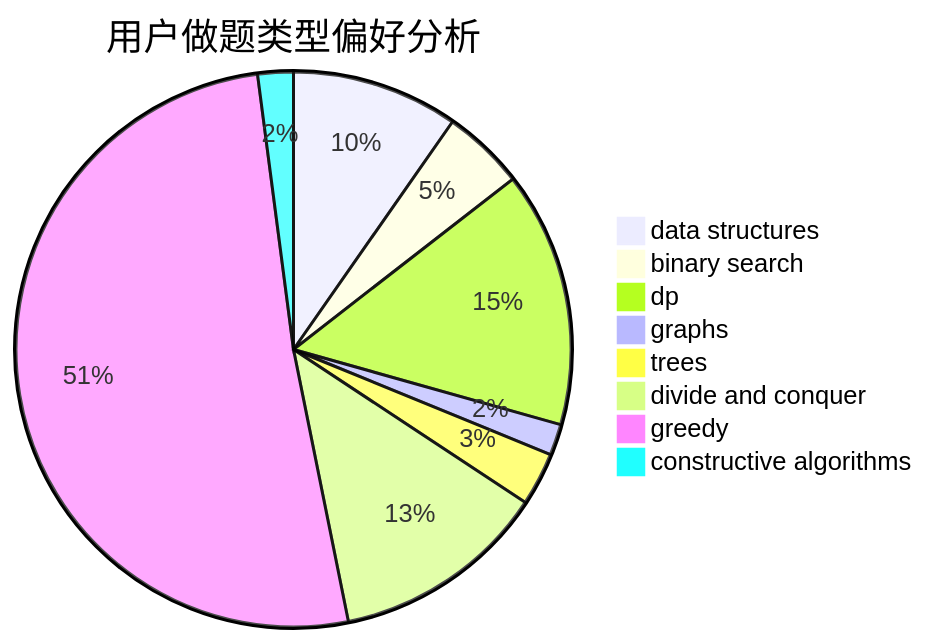
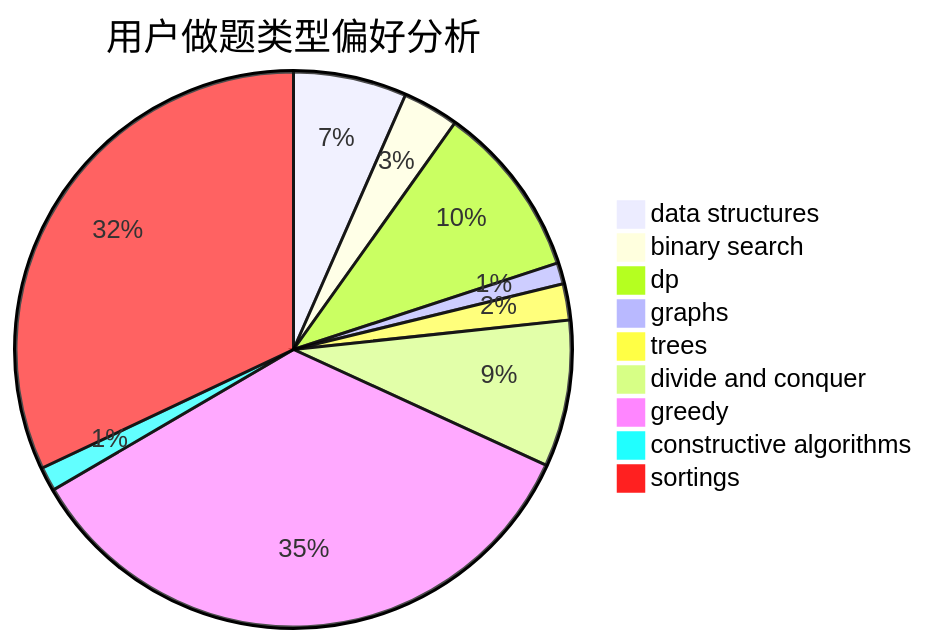
One commit to sherpahu/cfrs.github.io changed the second of 3 diagrams in docs/user/u375.md. Above: the diagram before and after it, drawn with Mermaid. The commit also changed other lines of this file and 2769 other files, not shown here.

````diff
--- a/docs/user/u375.md
+++ b/docs/user/u375.md
@@ -23,11 +18,12 @@
 ```mermaid
 pie title 用户做题类型偏好分析
     "data structures" :  75
     "binary search" :  37
     "dp" :  115
     "graphs" :  14
     "trees" :  24
     "divide and conquer" :  97
     "greedy" :  395
     "constructive algorithms" :  16
+    "sortings" :  364
 ```
````
